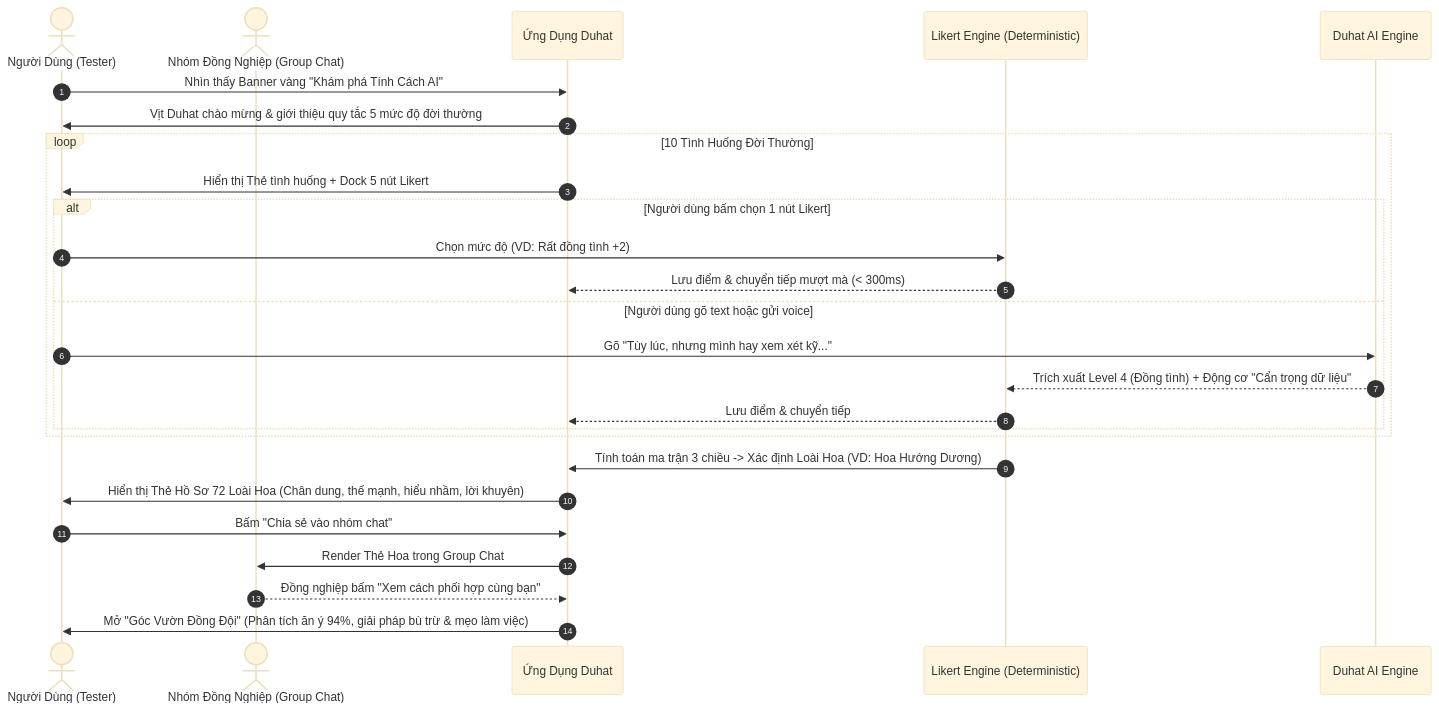
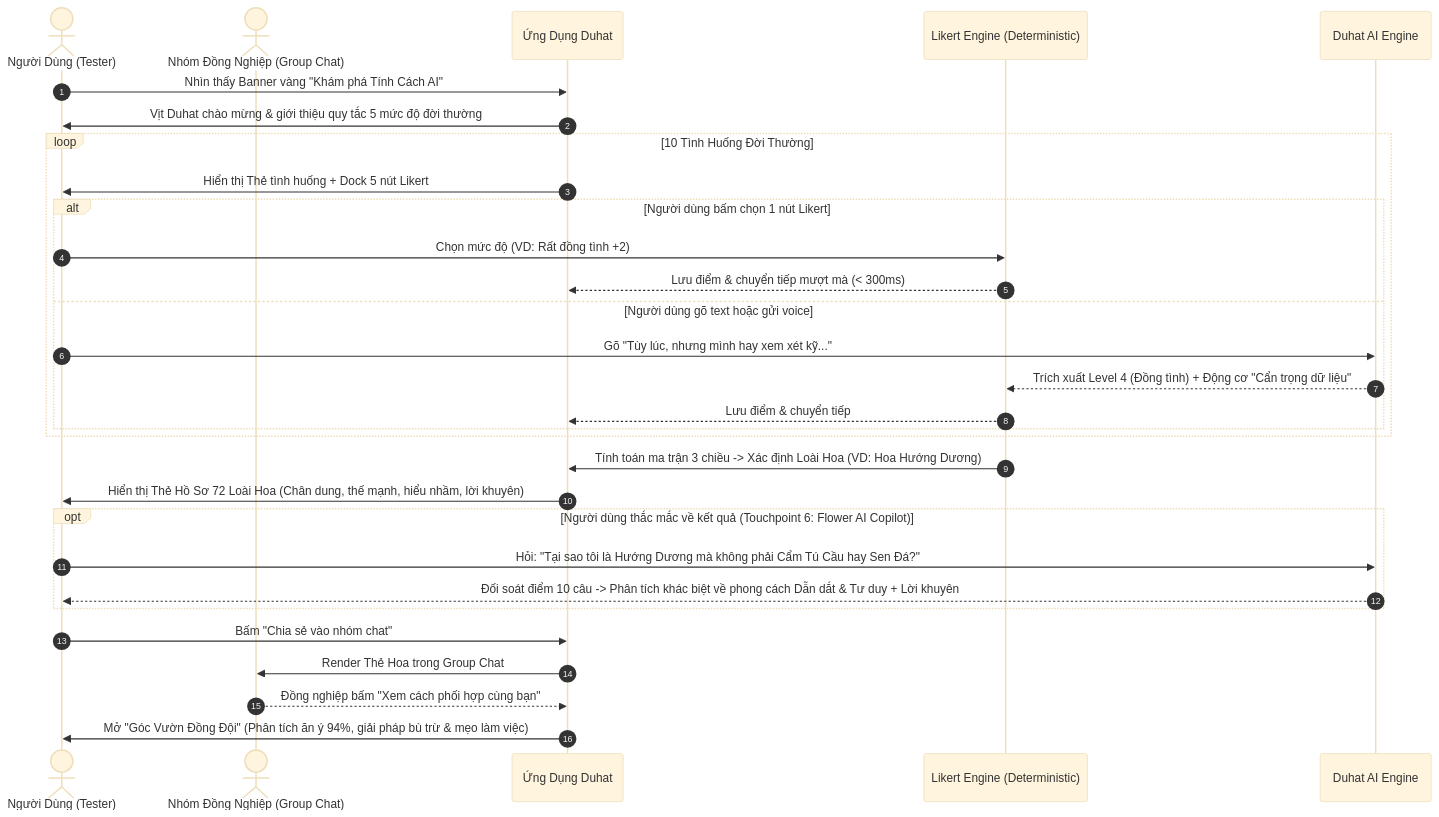
The third of 3 diagrams in PRODUCT_VISION_DUHAT_LIKERT.md (DaoThang38/duhat-personality-test), drawn with Mermaid (base theme) before and after one commit. The commit also changed other lines of this file and 4 other files, not shown here.

Commit message:
feat: add Flower AI Q&A Copilot and Executive Presentation Deck HTML

````diff
--- a/PRODUCT_VISION_DUHAT_LIKERT.md
+++ b/PRODUCT_VISION_DUHAT_LIKERT.md
@@ -110,32 +113,37 @@
 ```mermaid
 sequenceDiagram
     autonumber
     actor User as Người Dùng (Tester)
     actor Team as Nhóm Đồng Nghiệp (Group Chat)
     participant DuhatApp as Ứng Dụng Duhat
     participant LikertEngine as Likert Engine (Deterministic)
     participant AIEngine as Duhat AI Engine
 
     User->>DuhatApp: Nhìn thấy Banner vàng "Khám phá Tính Cách AI"
     DuhatApp->>User: Vịt Duhat chào mừng & giới thiệu quy tắc 5 mức độ đời thường
     
     loop 10 Tình Huống Đời Thường
         DuhatApp->>User: Hiển thị Thẻ tình huống + Dock 5 nút Likert
         alt Người dùng bấm chọn 1 nút Likert
             User->>LikertEngine: Chọn mức độ (VD: Rất đồng tình +2)
             LikertEngine-->>DuhatApp: Lưu điểm & chuyển tiếp mượt mà (< 300ms)
         else Người dùng gõ text hoặc gửi voice
             User->>AIEngine: Gõ "Tùy lúc, nhưng mình hay xem xét kỹ..."
             AIEngine-->>LikertEngine: Trích xuất Level 4 (Đồng tình) + Động cơ "Cẩn trọng dữ liệu"
             LikertEngine-->>DuhatApp: Lưu điểm & chuyển tiếp
         end
     end
 
     LikertEngine->>DuhatApp: Tính toán ma trận 3 chiều -> Xác định Loài Hoa (VD: Hoa Hướng Dương)
     DuhatApp->>User: Hiển thị Thẻ Hồ Sơ 72 Loài Hoa (Chân dung, thế mạnh, hiểu nhầm, lời khuyên)
     
+    opt Người dùng thắc mắc về kết quả (Touchpoint 6: Flower AI Copilot)
+        User->>AIEngine: Hỏi: "Tại sao tôi là Hướng Dương mà không phải Cẩm Tú Cầu hay Sen Đá?"
+        AIEngine-->>User: Đối soát điểm 10 câu -> Phân tích khác biệt về phong cách Dẫn dắt & Tư duy + Lời khuyên
+    end
+
     User->>DuhatApp: Bấm "Chia sẻ vào nhóm chat"
     DuhatApp->>Team: Render Thẻ Hoa trong Group Chat
     Team-->>DuhatApp: Đồng nghiệp bấm "Xem cách phối hợp cùng bạn"
     DuhatApp->>User: Mở "Góc Vườn Đồng Đội" (Phân tích ăn ý 94%, giải pháp bù trừ & mẹo làm việc)
 ```
````
